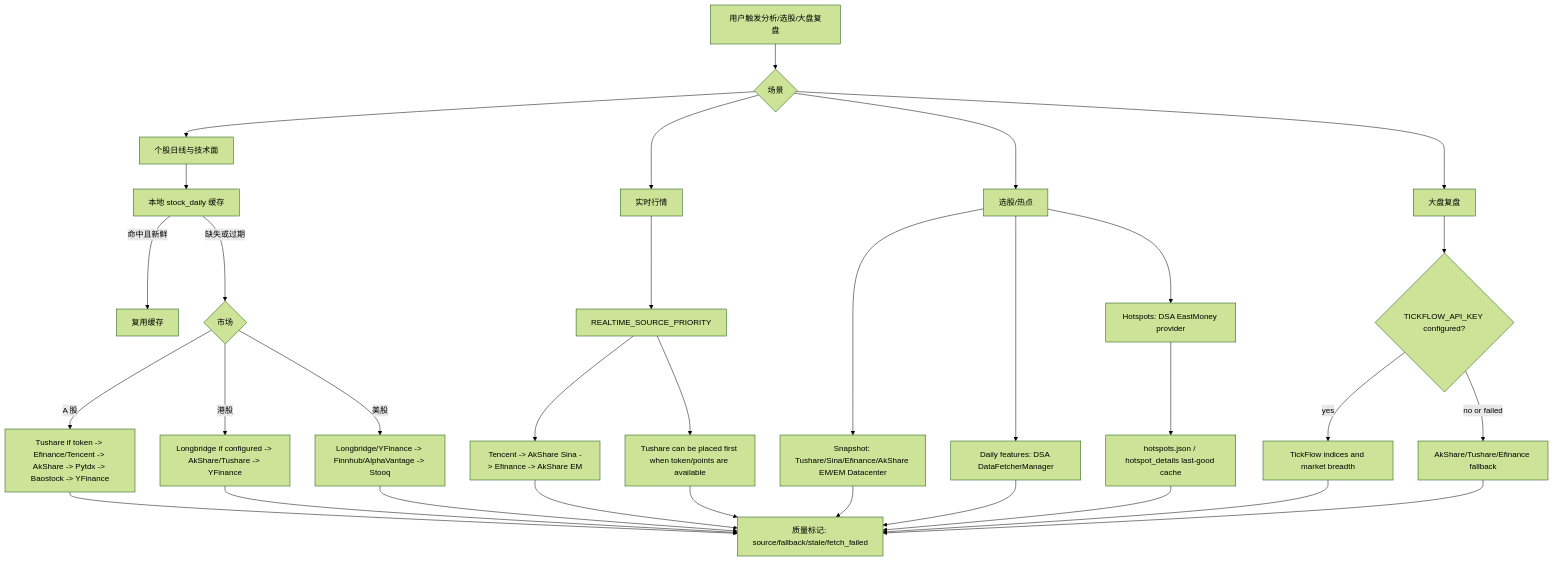
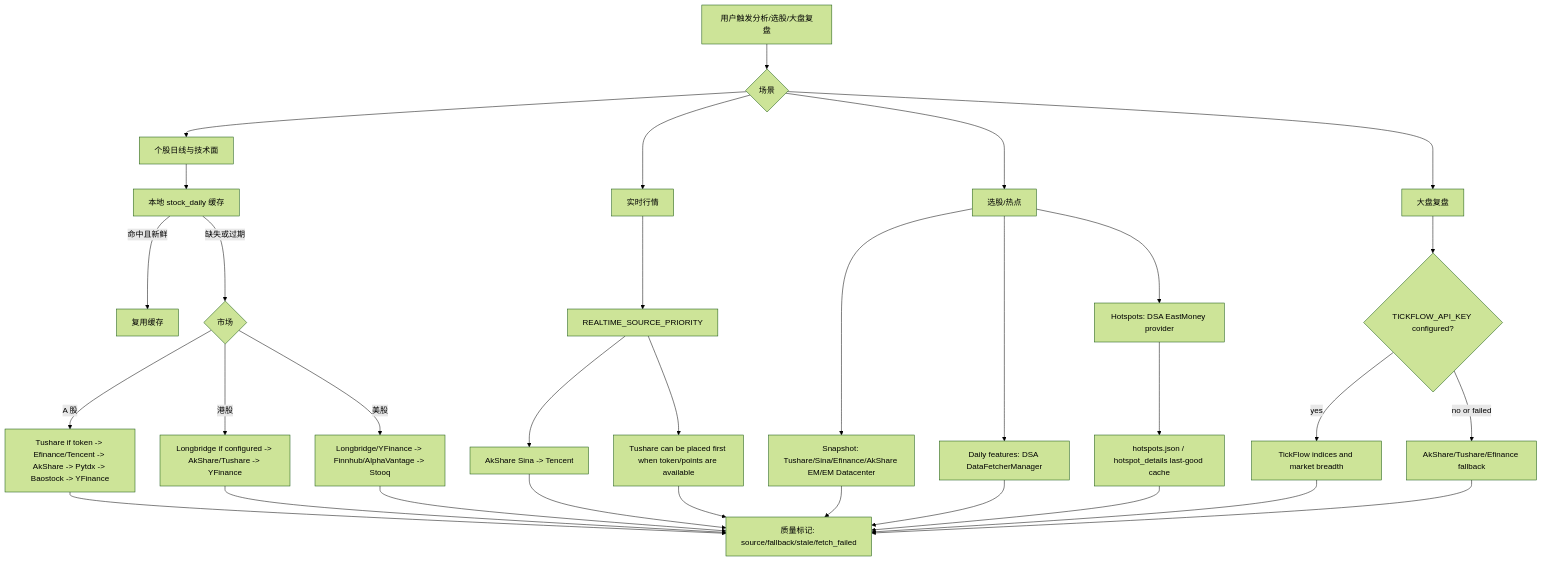
Before and after one commit to AaronZHAO84/daily_stock_analysis: the first of 3 diagrams in docs/data-source-stability.md, drawn with Mermaid (forest theme). The commit also changed other lines of this file and 19 other files, not shown here.

````diff
--- a/docs/data-source-stability.md
+++ b/docs/data-source-stability.md
@@ -30,40 +30,40 @@
 ```mermaid
 flowchart TD
     Q[用户触发分析/选股/大盘复盘] --> S{场景}
 
     S --> D[个股日线与技术面]
     S --> R[实时行情]
     S --> A[选股/热点]
     S --> M[大盘复盘]
 
     D --> C[本地 stock_daily 缓存]
     C -->|命中且新鲜| COK[复用缓存]
     C -->|缺失或过期| DM{市场}
     DM -->|A 股| CN[Tushare if token -> Efinance/Tencent -> AkShare -> Pytdx -> Baostock -> YFinance]
     DM -->|港股| HK[Longbridge if configured -> AkShare/Tushare -> YFinance]
     DM -->|美股| US[Longbridge/YFinance -> Finnhub/AlphaVantage -> Stooq]
 
     R --> RP[REALTIME_SOURCE_PRIORITY]
-    RP --> RS[Tencent -> AkShare Sina -> Efinance -> AkShare EM]
+    RP --> RS[AkShare Sina -> Tencent]
     RP --> RT[Tushare can be placed first when token/points are available]
 
     A --> AS[Snapshot: Tushare/Sina/Efinance/AkShare EM/EM Datacenter]
     A --> AD[Daily features: DSA DataFetcherManager]
     A --> AH[Hotspots: DSA EastMoney provider]
     AH --> AC[hotspots.json / hotspot_details last-good cache]
 
     M --> TF{TICKFLOW_API_KEY configured?}
     TF -->|yes| TFM[TickFlow indices and market breadth]
     TF -->|no or failed| MF[AkShare/Tushare/Efinance fallback]
 
     CN --> QL[质量标记: source/fallback/stale/fetch_failed]
     HK --> QL
     US --> QL
     RS --> QL
     RT --> QL
     AS --> QL
     AD --> QL
     AC --> QL
     TFM --> QL
     MF --> QL
 ```
````
